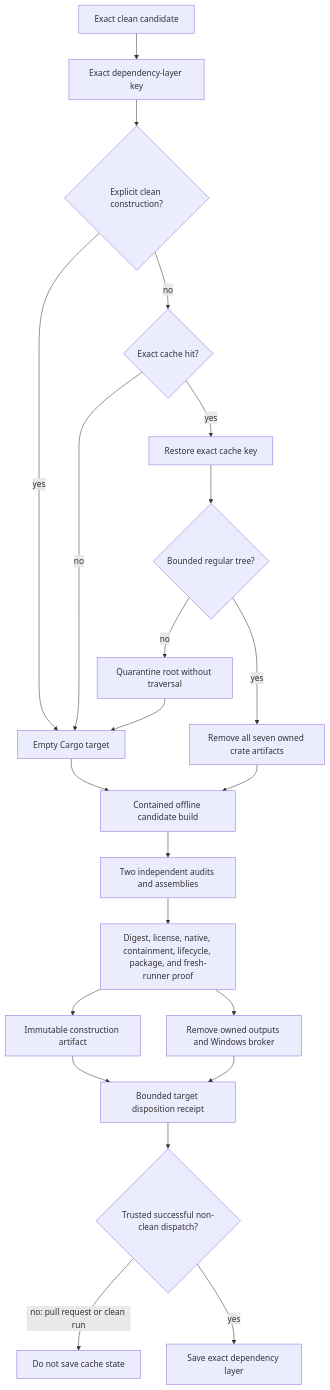
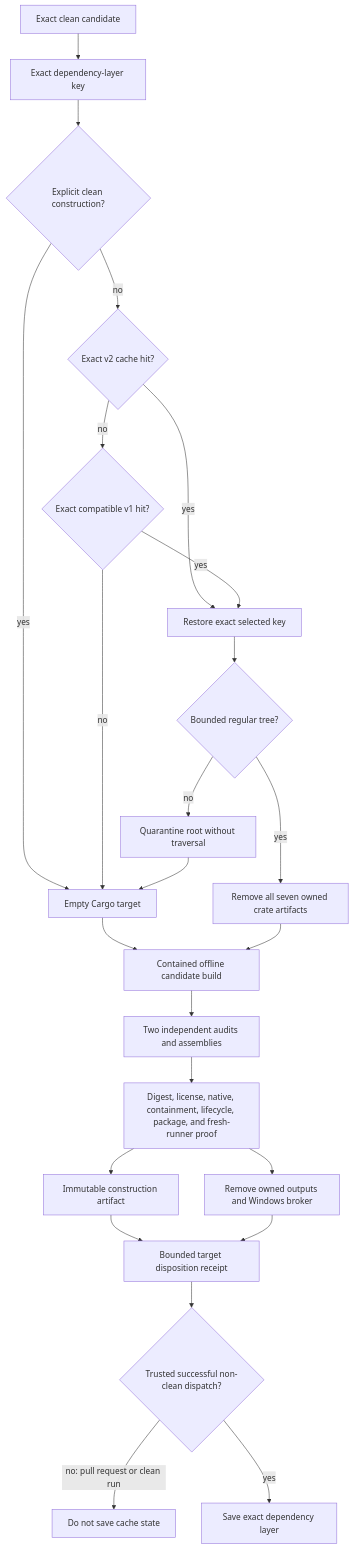
Diagram 20 of 23 in docs/projectatlas-3-architecture.md (styler-ai/ProjectAtlas), drawn with Mermaid before and after one commit. The commit also changed other lines of this file and 4 other files, not shown here.

Commit message:
perf(ci): migrate compatible parser cache ABI (#341)

````diff
--- a/docs/projectatlas-3-architecture.md
+++ b/docs/projectatlas-3-architecture.md
@@ -1831,25 +1835,27 @@
 ```mermaid
 flowchart TB
     Candidate[Exact clean candidate] --> Key[Exact dependency-layer key]
     Dispatch{Explicit clean construction?}
     Key --> Dispatch
     Dispatch -->|yes| Empty[Empty Cargo target]
-    Dispatch -->|no| Lookup{Exact cache hit?}
-    Lookup -->|yes| Restore[Restore exact cache key]
-    Lookup -->|no| Empty
+    Dispatch -->|no| Lookup{Exact v2 cache hit?}
+    Lookup -->|yes| Restore[Restore exact selected key]
+    Lookup -->|no| Compatible{Exact compatible v1 hit?}
+    Compatible -->|yes| Restore
+    Compatible -->|no| Empty
     Restore --> Validate{Bounded regular tree?}
     Validate -->|no| Quarantine[Quarantine root without traversal]
     Quarantine --> Empty
     Validate -->|yes| CleanBefore[Remove all seven owned crate artifacts]
     Empty --> Build
     CleanBefore --> Build[Contained offline candidate build]
     Build --> Assemble[Two independent audits and assemblies]
     Assemble --> Verify[Digest, license, native, containment, lifecycle, package, and fresh-runner proof]
     Verify --> Publish[Immutable construction artifact]
     Verify --> CleanAfter[Remove owned outputs and Windows broker]
     Publish --> Receipt[Bounded target disposition receipt]
     CleanAfter --> Receipt
     Receipt --> Trust{Trusted successful non-clean dispatch?}
     Trust -->|no: pull request or clean run| NoSave[Do not save cache state]
     Trust -->|yes| Save[Save exact dependency layer]
 ```
````
